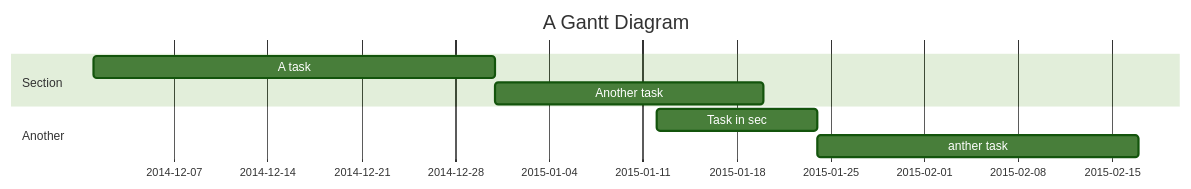
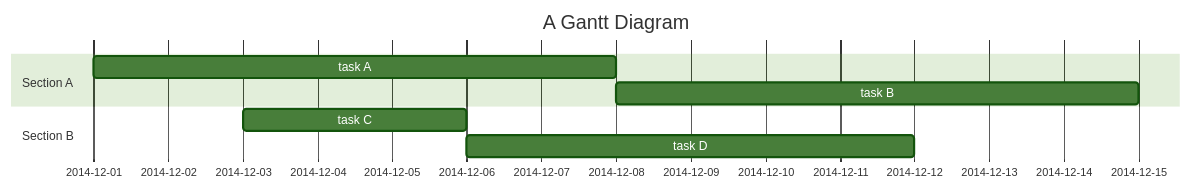
The fifth of 6 diagrams in md/example.md (cyrusn/slidedown), drawn with Mermaid (forest theme) before and after one commit. The commit also changed other lines of this file and 3 other files, not shown here.

````diff
--- a/md/example.md
+++ b/md/example.md
@@ -231,11 +231,11 @@
 ``` mermaid
 gantt
     title A Gantt Diagram
     dateFormat  YYYY-MM-DD
-    section Section
-    A task           :a1, 2014-12-01, 30d
-    Another task     :after a1  , 20d
-    section Another
-    Task in sec      :2015-01-12  , 12d
-    anther task      :24d
+    section Section A
+    task A :a1, 2014-12-01, 1w
+    task B :after a1, 1w
+    section Section B
+    task C :b1, 2014-12-03, 3d
+    task D :6d
 ```
````
